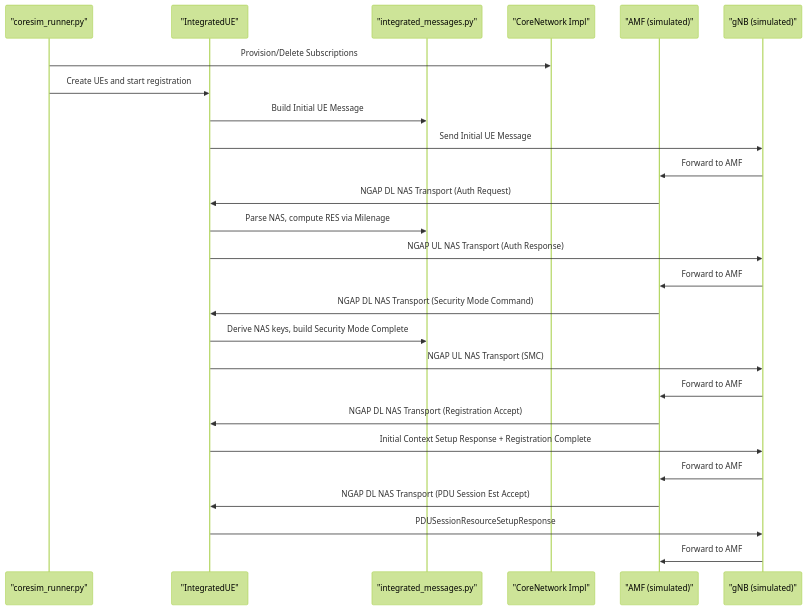
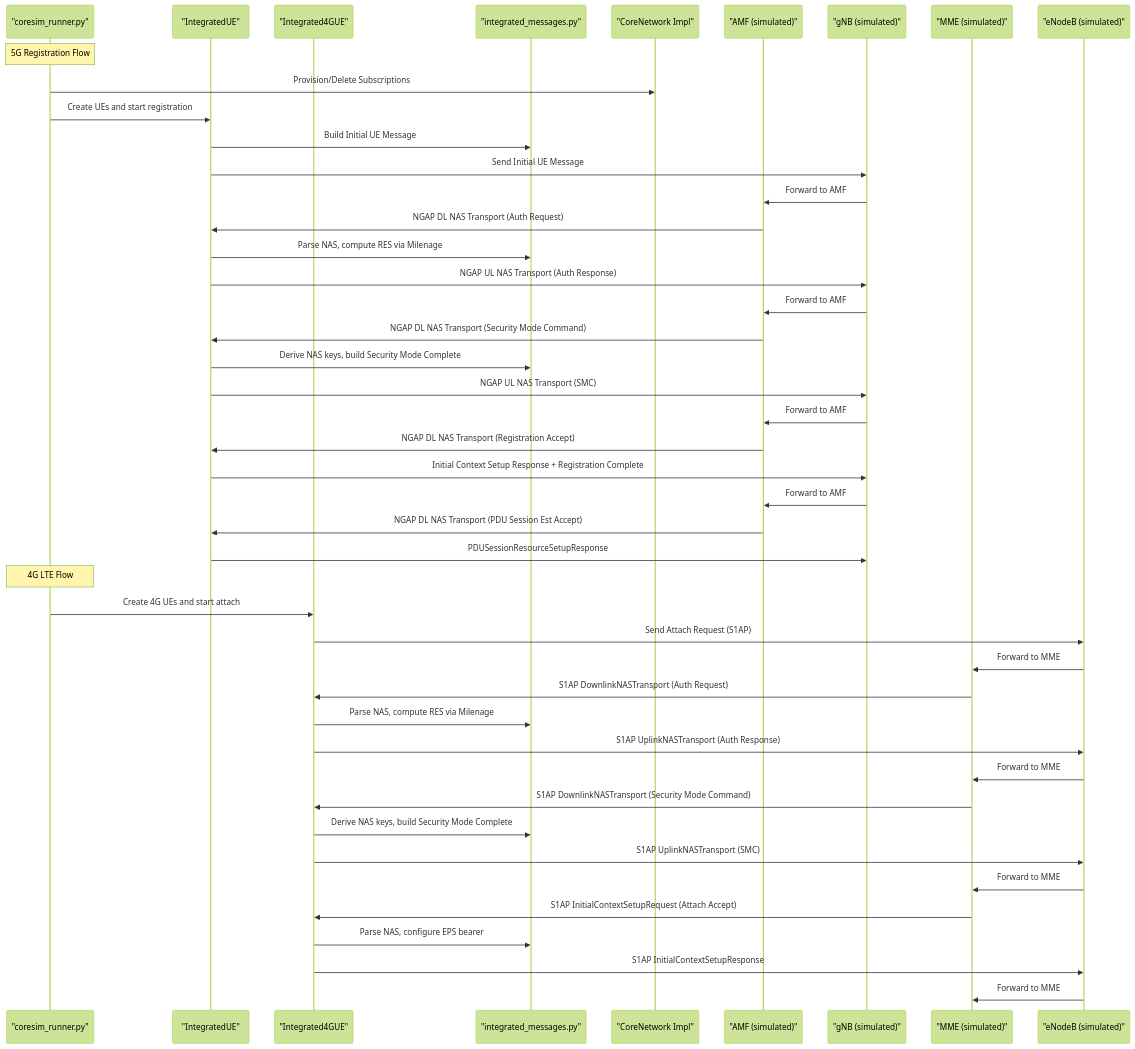
Before and after one commit to hackeryounow/coresimrunner: the second of 10 diagrams in .qoder/repowiki/en/content/Project Overview/Features Overview/Technical Capabilities.md, drawn with Mermaid (forest theme). The commit also changed other lines of this file and 6 other files, not shown here.

````diff
--- a/.qoder/repowiki/en/content/Project Overview/Features Overview/Technical Capabilities.md
+++ b/.qoder/repowiki/en/content/Project Overview/Features Overview/Technical Capabilities.md
@@ -110,28 +131,47 @@
 ```mermaid
 sequenceDiagram
 participant Runner as "coresim_runner.py"
 participant UE as "IntegratedUE"
+participant I4GUE as "Integrated4GUE"
 participant IM as "integrated_messages.py"
 participant CN as "CoreNetwork Impl"
 participant AMF as "AMF (simulated)"
 participant gNB as "gNB (simulated)"
+participant MME as "MME (simulated)"
+participant eNB as "eNodeB (simulated)"
+Note over Runner : 5G Registration Flow
 Runner->>CN : Provision/Delete Subscriptions
 Runner->>UE : Create UEs and start registration
 UE->>IM : Build Initial UE Message
 UE->>gNB : Send Initial UE Message
 gNB->>AMF : Forward to AMF
 AMF->>UE : NGAP DL NAS Transport (Auth Request)
 UE->>IM : Parse NAS, compute RES via Milenage
 UE->>gNB : NGAP UL NAS Transport (Auth Response)
 gNB->>AMF : Forward to AMF
 AMF->>UE : NGAP DL NAS Transport (Security Mode Command)
 UE->>IM : Derive NAS keys, build Security Mode Complete
 UE->>gNB : NGAP UL NAS Transport (SMC)
 gNB->>AMF : Forward to AMF
 AMF->>UE : NGAP DL NAS Transport (Registration Accept)
 UE->>gNB : Initial Context Setup Response + Registration Complete
 gNB->>AMF : Forward to AMF
 AMF->>UE : NGAP DL NAS Transport (PDU Session Est Accept)
 UE->>gNB : PDUSessionResourceSetupResponse
-gNB->>AMF : Forward to AMF
+Note over Runner : 4G LTE Flow
+Runner->>I4GUE : Create 4G UEs and start attach
+I4GUE->>eNB : Send Attach Request (S1AP)
+eNB->>MME : Forward to MME
+MME->>I4GUE : S1AP DownlinkNASTransport (Auth Request)
+I4GUE->>IM : Parse NAS, compute RES via Milenage
+I4GUE->>eNB : S1AP UplinkNASTransport (Auth Response)
+eNB->>MME : Forward to MME
+MME->>I4GUE : S1AP DownlinkNASTransport (Security Mode Command)
+I4GUE->>IM : Derive NAS keys, build Security Mode Complete
+I4GUE->>eNB : S1AP UplinkNASTransport (SMC)
+eNB->>MME : Forward to MME
+MME->>I4GUE : S1AP InitialContextSetupRequest (Attach Accept)
+I4GUE->>IM : Parse NAS, configure EPS bearer
+I4GUE->>eNB : S1AP InitialContextSetupResponse
+eNB->>MME : Forward to MME
 ```
````
